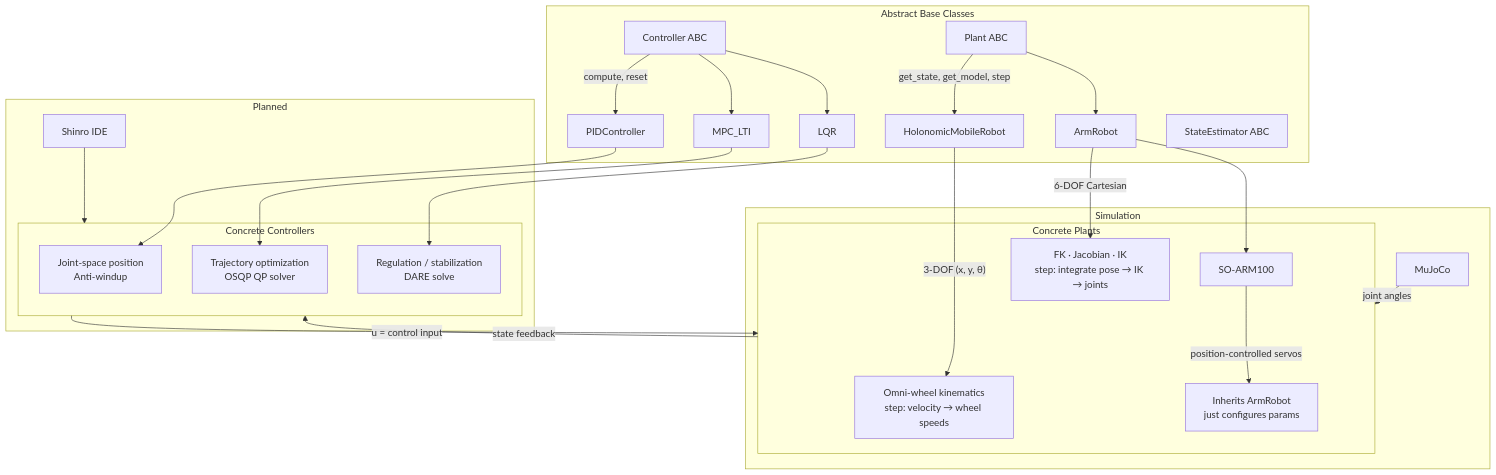
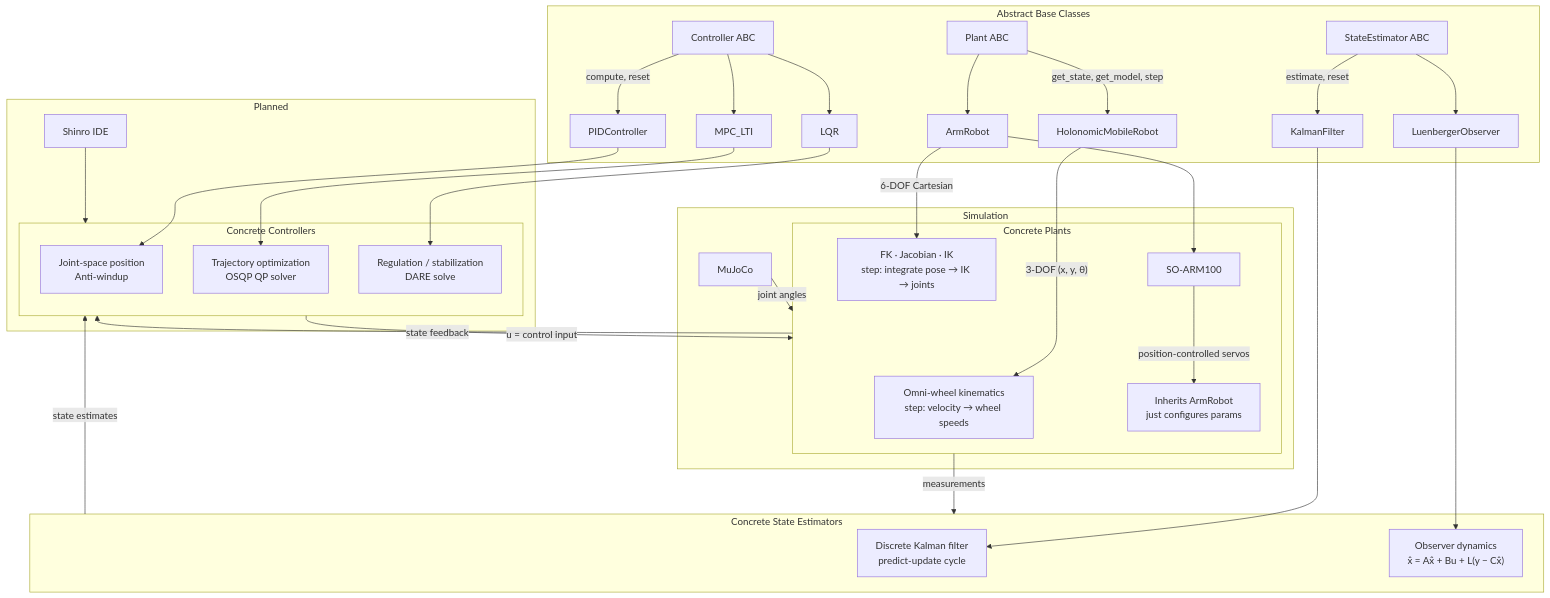
One commit to Shinro-xyz/lerobot-mpc-lekiwi changed the diagram in README.md. Above: the diagram before and after it, drawn with Mermaid. The commit also changed other lines of this file and 2 other files, not shown here.

Commit message:
feat: add kalman filter and luenberger observer state estimators

````diff
--- a/README.md
+++ b/README.md
@@ -8,35 +8,43 @@
 ```mermaid
 flowchart TB
     subgraph ABCs["Abstract Base Classes"]
         C[Controller ABC] -->|compute, reset| PID[PIDController]
         C --> MPC[MPC_LTI]
         C --> LQR[LQR]
         P[Plant ABC] -->|get_state, get_model, step| HMR[HolonomicMobileRobot]
         P --> AR[ArmRobot]
-        SE[StateEstimator ABC]
+        SE[StateEstimator ABC] -->|estimate, reset| KF[KalmanFilter]
+        SE --> LO[LuenbergerObserver]
     end
 
     subgraph Plants["Concrete Plants"]
         HMR -->|"3-DOF (x, y, θ)"| HMR_desc["Omni-wheel kinematics<br/>step: velocity → wheel speeds"]
         AR -->|"6-DOF Cartesian"| AR_desc["FK · Jacobian · IK<br/>step: integrate pose → IK → joints"]
         AR --> SO[SO-ARM100]
         SO -->|position-controlled servos| SO_desc["Inherits ArmRobot<br/>just configures params"]
     end
 
     subgraph Controllers["Concrete Controllers"]
         PID --> PID_desc["Joint-space position<br/>Anti-windup"]
         MPC --> MPC_desc["Trajectory optimization<br/>OSQP QP solver"]
         LQR --> LQR_desc["Regulation / stabilization<br/>DARE solve"]
     end
 
+    subgraph Estimators["Concrete State Estimators"]
+        KF --> KF_desc["Discrete Kalman filter<br/>predict-update cycle"]
+        LO --> LO_desc["Observer dynamics<br/>x̂ = Ax̂ + Bu + L(y − Cx̂)"]
+    end
+
     Controllers -->|u = control input| Plants
     Plants -->|state feedback| Controllers
+    Plants -->|measurements| Estimators
+    Estimators -->|state estimates| Controllers
 
     subgraph Sim["Simulation"]
         MJ[MuJoCo] -->|joint angles| Plants
     end
 
     subgraph Integration["Planned"]
         SH[Shinro IDE] --> Controllers
     end
 ```
````
